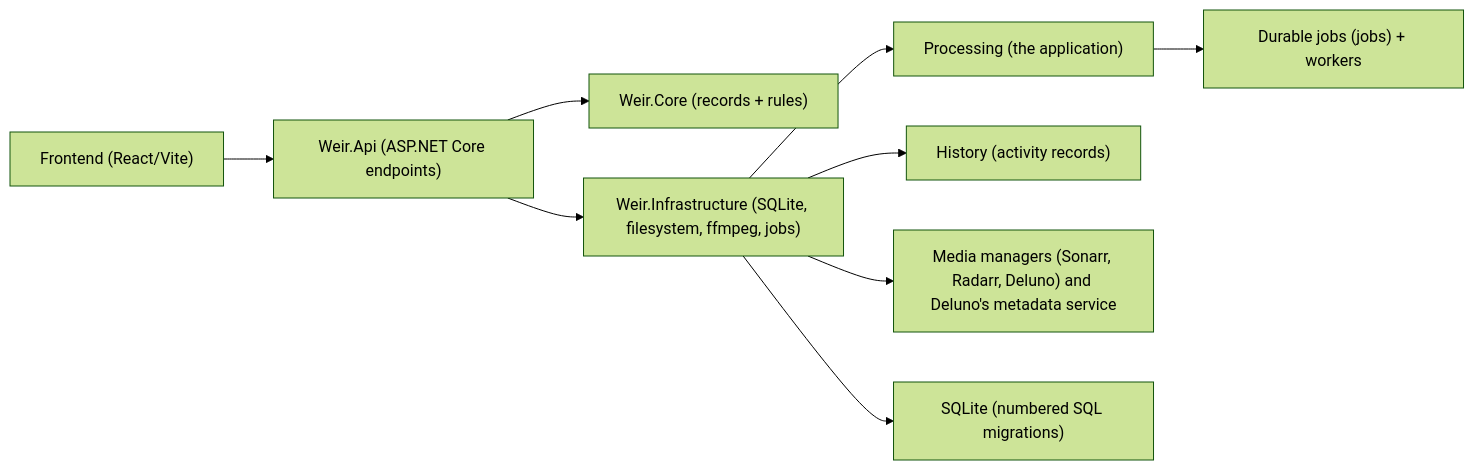
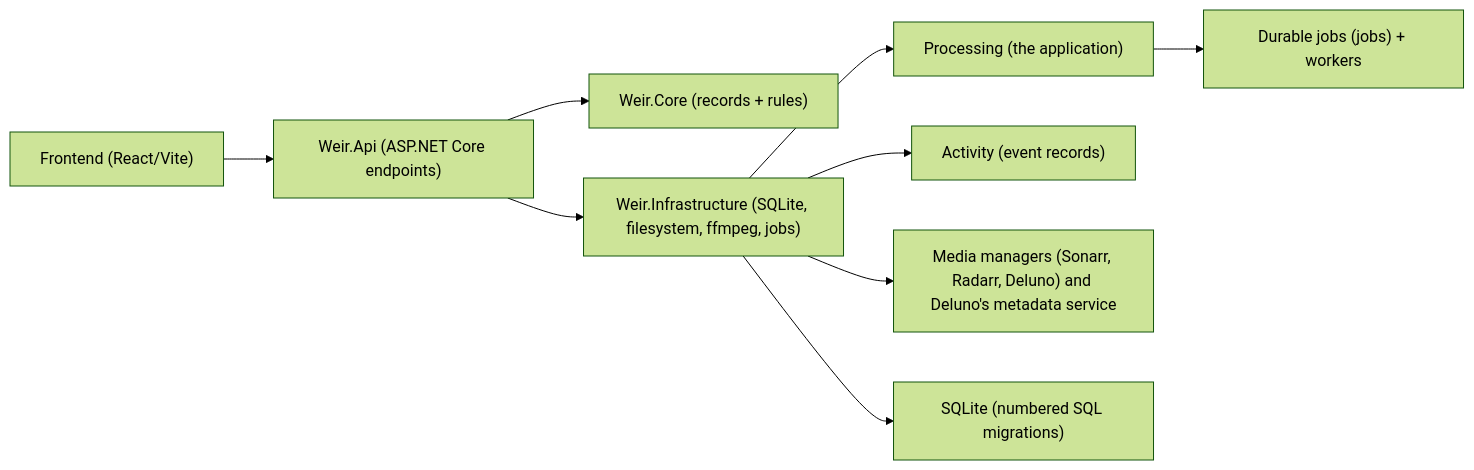
One commit to jampat000/Weir changed the first of 2 diagrams in docs-site/docs/architecture/overview.md. Above: the diagram before and after it, drawn with Mermaid (forest theme). The commit also changed other lines of this file and 24 other files, not shown here.

````diff
--- a/docs-site/docs/architecture/overview.md
+++ b/docs-site/docs/architecture/overview.md
@@ -21,11 +21,11 @@
 ```mermaid
 flowchart LR
   UI["Frontend (React/Vite)"] --> API["Weir.Api (ASP.NET Core endpoints)"]
   API --> Core["Weir.Core (records + rules)"]
   API --> Infra["Weir.Infrastructure (SQLite, filesystem, ffmpeg, jobs)"]
   Infra --> Processing["Processing (the application)"]
-  Infra --> History["History (activity records)"]
+  Infra --> Activity["Activity (event records)"]
   Infra --> Integrations["Media managers (Sonarr, Radarr, Deluno) and Deluno's metadata service"]
   Infra --> DB["SQLite (numbered SQL migrations)"]
   Processing --> Jobs["Durable jobs (jobs) + workers"]
 ```
````
